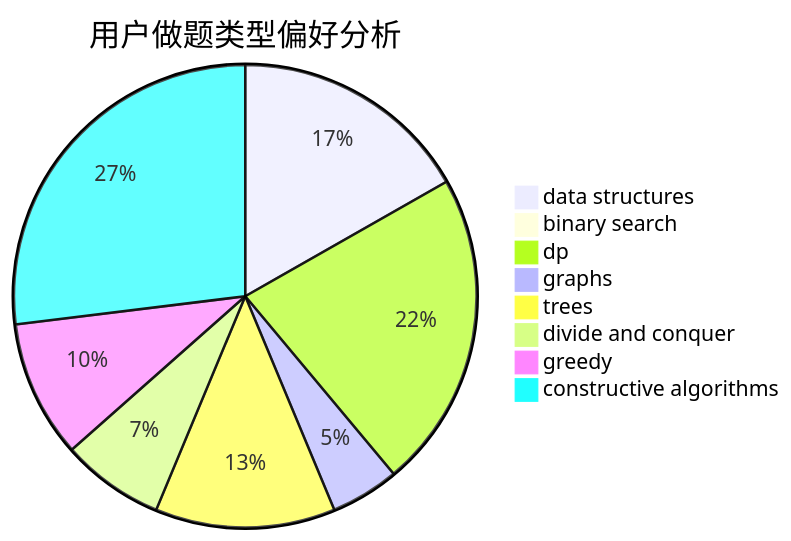
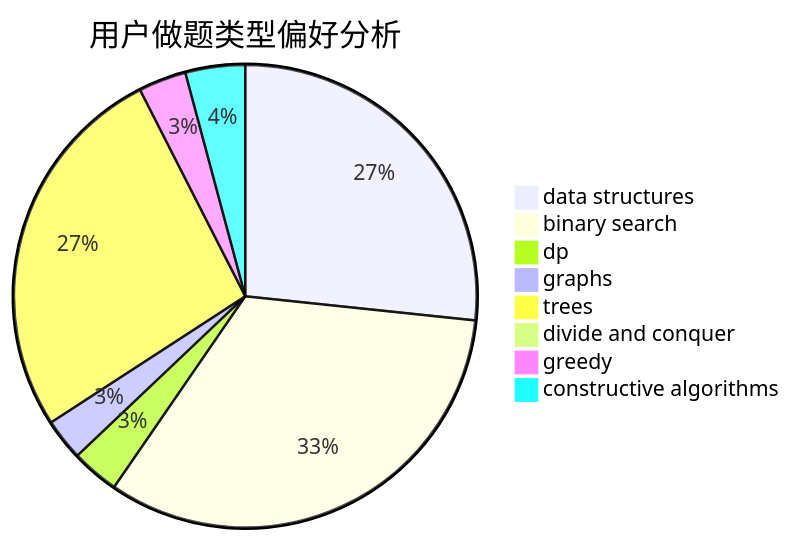
The second of 3 diagrams in docs/user/u844.md (sherpahu/cfrs.github.io), drawn with Mermaid before and after one commit. The commit also changed other lines of this file and 2770 other files, not shown here.

````diff
--- a/docs/user/u844.md
+++ b/docs/user/u844.md
@@ -23,11 +23,11 @@
 ```mermaid
 pie title 用户做题类型偏好分析
-    "data structures" :  28
-    "binary search" :  0
-    "dp" :  37
-    "graphs" :  8
-    "trees" :  21
-    "divide and conquer" :  12
-    "greedy" :  16
-    "constructive algorithms" :  45
+    "data structures" :  64
+    "binary search" :  79
+    "dp" :  8
+    "graphs" :  7
+    "trees" :  64
+    "divide and conquer" :  0
+    "greedy" :  8
+    "constructive algorithms" :  10
 ```
````
